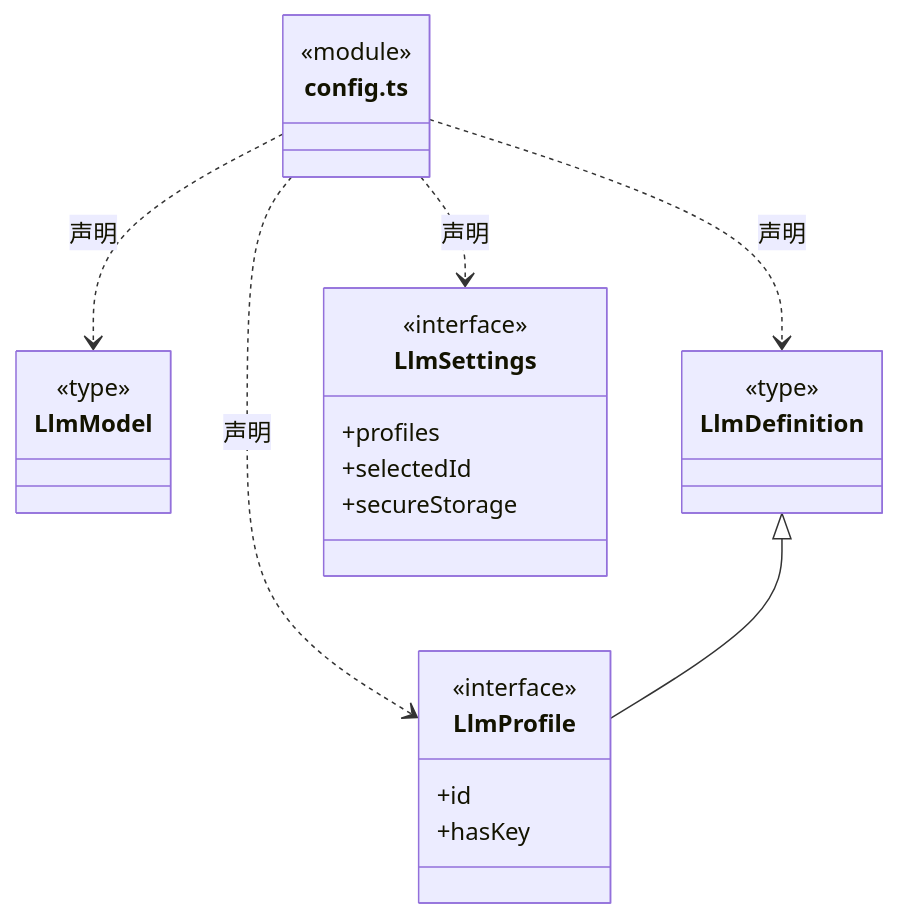
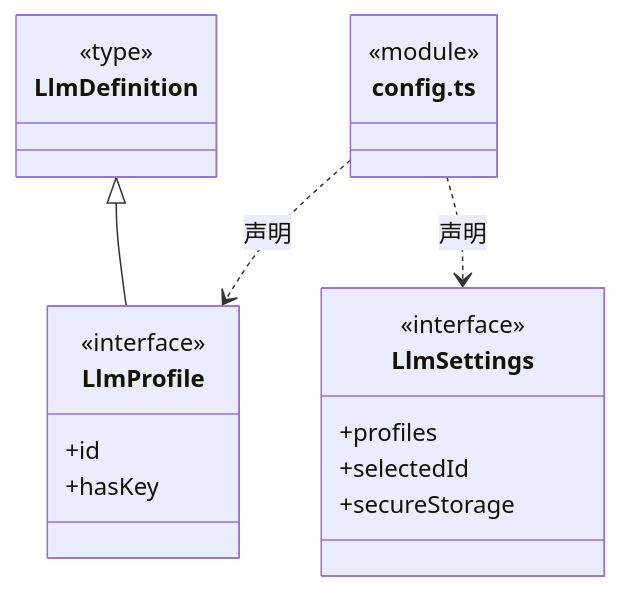
Before and after one commit to nan023062/cbim: the fourth of 14 diagrams in src/backend/core/models/ARCHITECTURE.md, drawn with Mermaid. The commit also changed other lines of this file and 44 other files, not shown here.

````diff
--- a/src/backend/core/models/ARCHITECTURE.md
+++ b/src/backend/core/models/ARCHITECTURE.md
@@ -51,30 +80,23 @@
 ```mermaid
 classDiagram
 class N_src_backend_core_models_config_ts["config.ts"] {
   <<module>>
 }
-class N_src_backend_core_models_config_ts_LlmModel["LlmModel"] {
-  <<type>>
-
-}
-N_src_backend_core_models_config_ts ..> N_src_backend_core_models_config_ts_LlmModel : 声明
-class N_src_backend_core_models_config_ts_LlmDefinition["LlmDefinition"] {
-  <<type>>
-
-}
-N_src_backend_core_models_config_ts ..> N_src_backend_core_models_config_ts_LlmDefinition : 声明
 class N_src_backend_core_models_config_ts_LlmProfile["LlmProfile"] {
   <<interface>>
   +id
   +hasKey
 }
 N_src_backend_core_models_config_ts ..> N_src_backend_core_models_config_ts_LlmProfile : 声明
+class N_src_backend_core_models_config_ts_LlmDefinition["LlmDefinition"] {
+  <<type>>
+}
 N_src_backend_core_models_config_ts_LlmDefinition <|-- N_src_backend_core_models_config_ts_LlmProfile
 class N_src_backend_core_models_config_ts_LlmSettings["LlmSettings"] {
   <<interface>>
   +profiles
   +selectedId
   +secureStorage
 }
 N_src_backend_core_models_config_ts ..> N_src_backend_core_models_config_ts_LlmSettings : 声明
 ```
````
